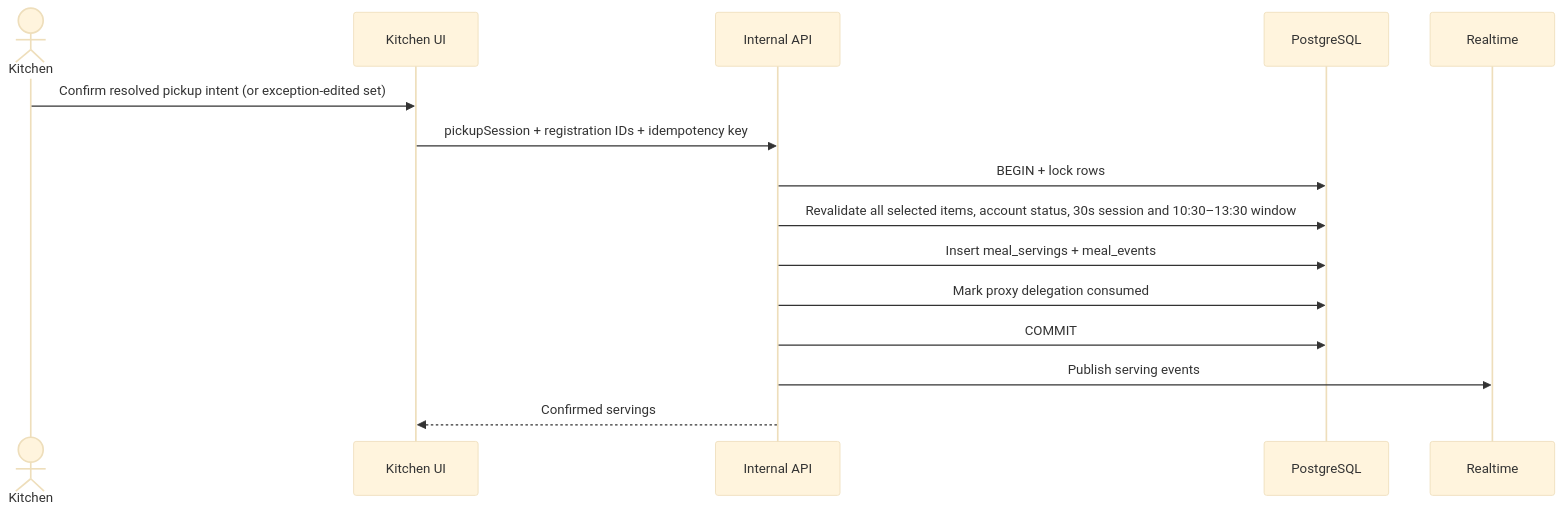
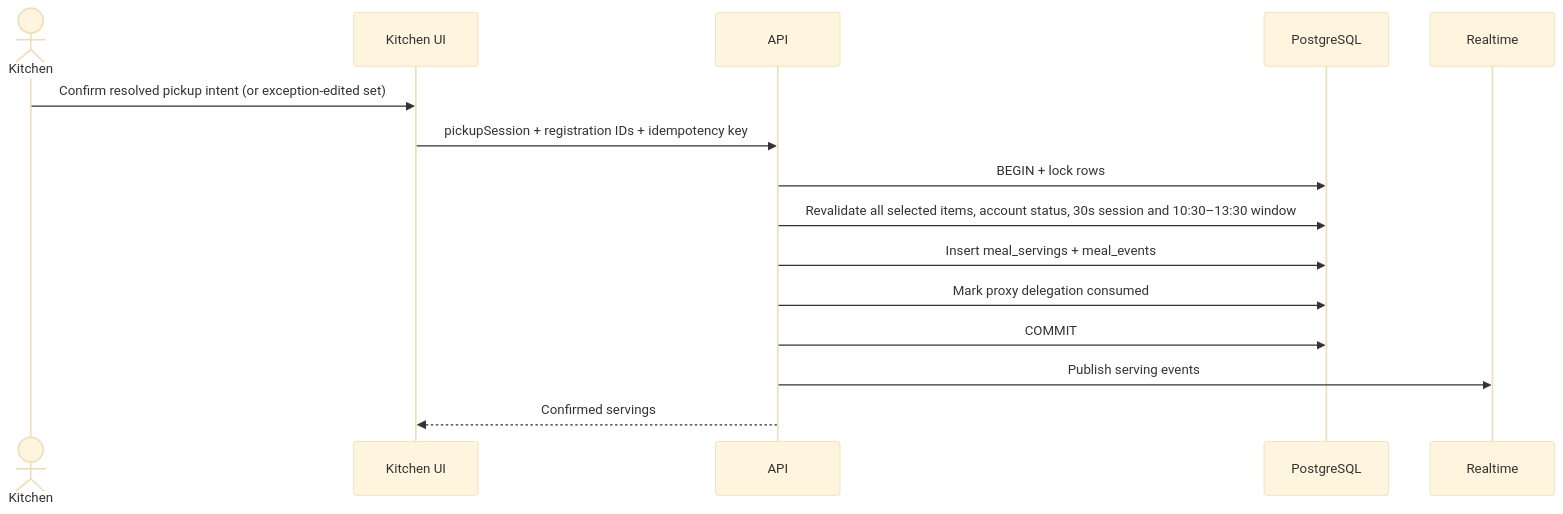
Before and after one commit to Wkiugt/IMeal-v3: the sixth of 6 diagrams in docs/03-product-flows.md, drawn with Mermaid (base theme). The commit also changed other lines of this file and 10 other files, not shown here.

````diff
--- a/docs/03-product-flows.md
+++ b/docs/03-product-flows.md
@@ -444,18 +434,18 @@
 ```mermaid
 sequenceDiagram
     actor K as Kitchen
     participant UI as Kitchen UI
-    participant API as Internal API
+    participant API as API
     participant DB as PostgreSQL
     participant RT as Realtime
 
     K->>UI: Confirm resolved pickup intent (or exception-edited set)
     UI->>API: pickupSession + registration IDs + idempotency key
     API->>DB: BEGIN + lock rows
     API->>DB: Revalidate all selected items, account status, 30s session and 10:30–13:30 window
     API->>DB: Insert meal_servings + meal_events
     API->>DB: Mark proxy delegation consumed
     API->>DB: COMMIT
     API->>RT: Publish serving events
     API-->>UI: Confirmed servings
 ```
````
